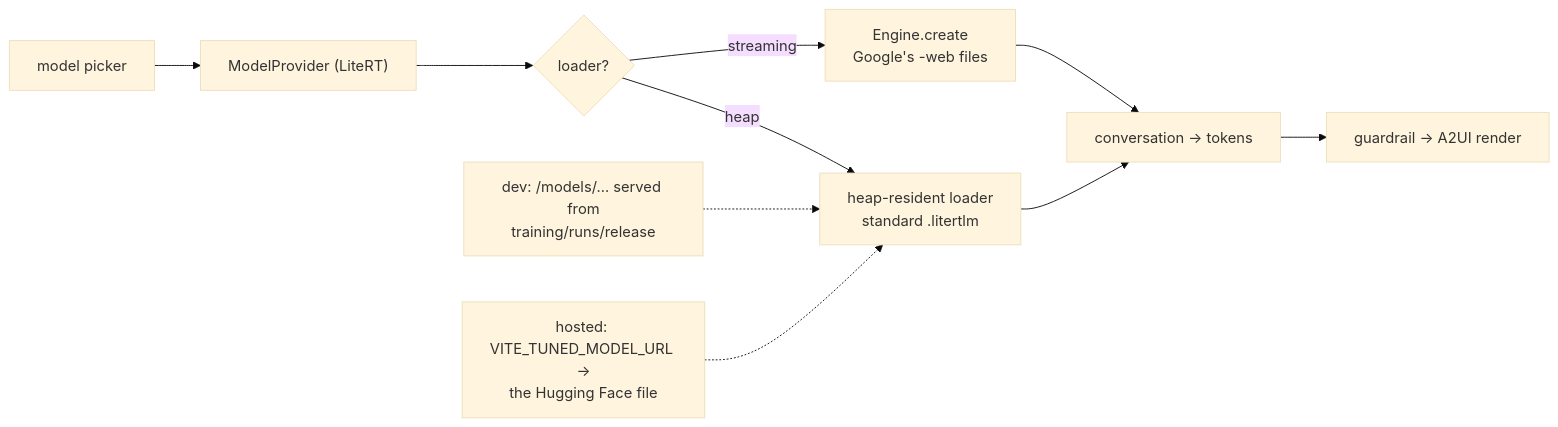
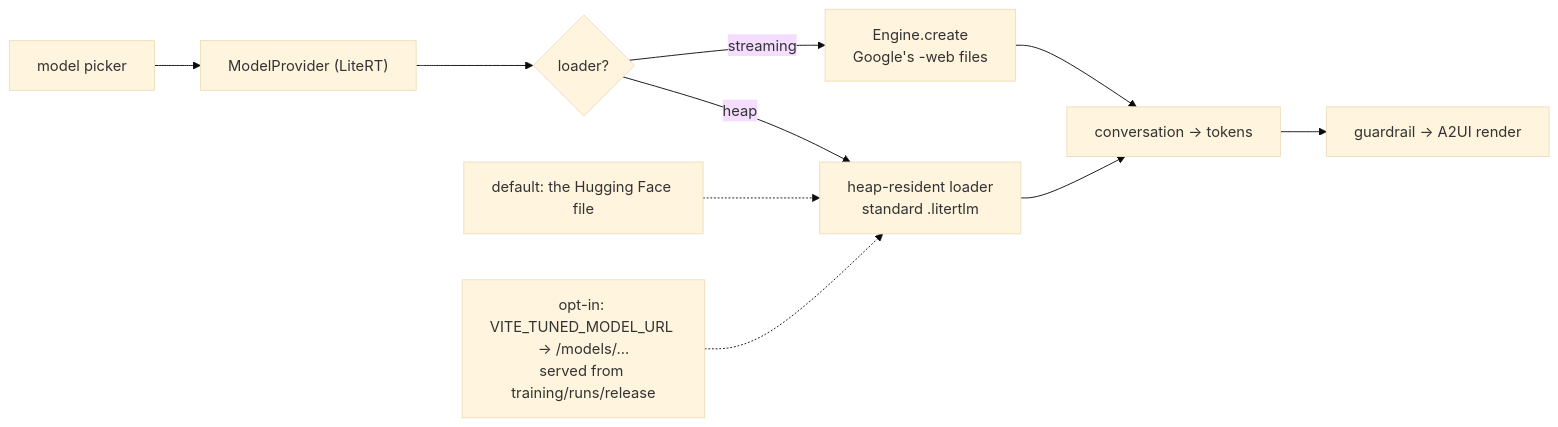
The tenth of 10 diagrams in docs/fine-tune-to-browser.md (southleft/local-generative-ui-demo), drawn with Mermaid (base theme) before and after one commit. The commit also changed 5 other files, not shown here.

First line of the commit message:
fix: load the catalog-tuned model from the Hub in dev as well

````diff
--- a/docs/fine-tune-to-browser.md
+++ b/docs/fine-tune-to-browser.md
@@ -201,12 +201,12 @@
 ```mermaid
 flowchart LR
   UI["model picker"] --> P["ModelProvider (LiteRT)"]
   P --> L{"loader?"}
   L -->|"streaming"| S["Engine.create<br/>Google's -web files"]
   L -->|"heap"| H["heap-resident loader<br/>standard .litertlm"]
   S --> C["conversation → tokens"]
   H --> C
   C --> G["guardrail → A2UI render"]
-  DEV["dev: /models/… served from<br/>training/runs/release"] -.-> H
-  HUB["hosted: VITE_TUNED_MODEL_URL →<br/>the Hugging Face file"] -.-> H
+  HUB["default: the Hugging Face file"] -.-> H
+  DEV["opt-in: VITE_TUNED_MODEL_URL → /models/…<br/>served from training/runs/release"] -.-> H
 ```
````
